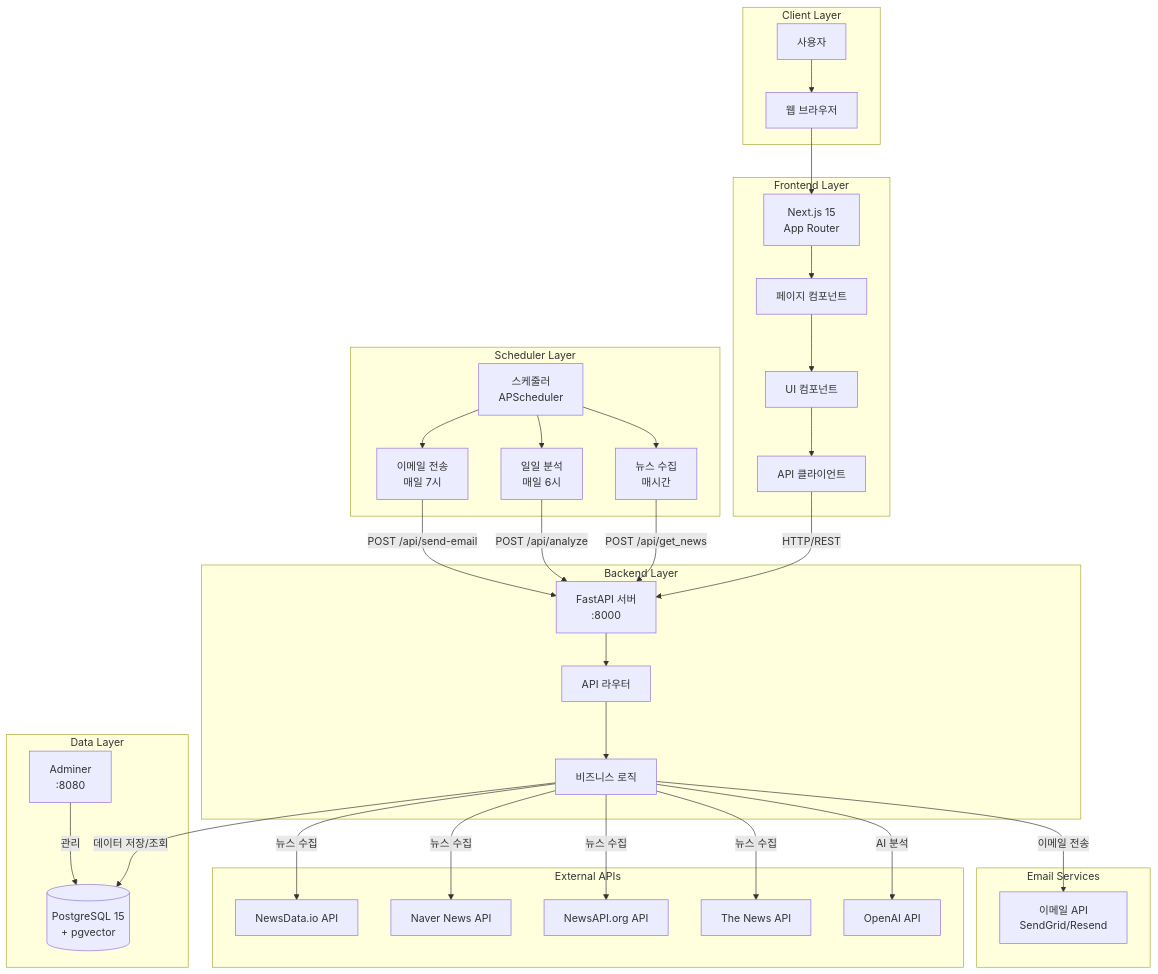
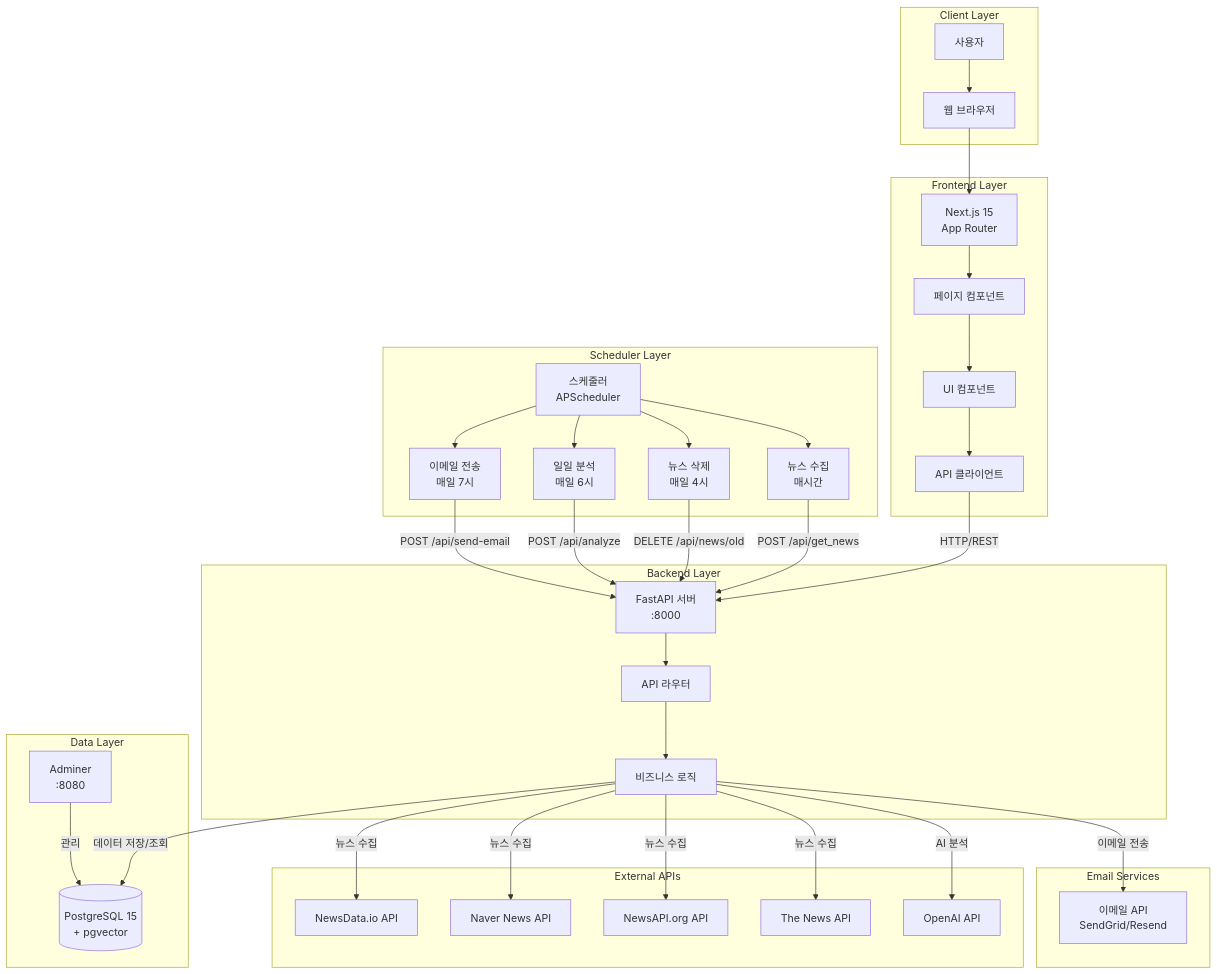
The first of 19 diagrams in DIAGRAM.md (EduungEee/jtj), drawn with Mermaid before and after one commit. The commit also changed other lines of this file and 3 other files, not shown here.

````diff
--- a/DIAGRAM.md
+++ b/DIAGRAM.md
@@ -7,67 +7,70 @@
 ```mermaid
 graph TB
     subgraph "Client Layer"
         User[사용자]
         Browser[웹 브라우저]
     end
 
     subgraph "Frontend Layer"
         NextJS[Next.js 15<br/>App Router]
         Pages[페이지 컴포넌트]
         Components[UI 컴포넌트]
         APIClient[API 클라이언트]
     end
 
     subgraph "Backend Layer"
         FastAPI[FastAPI 서버<br/>:8000]
         Routers[API 라우터]
         Services[비즈니스 로직]
     end
 
     subgraph "External APIs"
         NewsDataAPI[NewsData.io API]
         NaverAPI[Naver News API]
         NewsOrgAPI[NewsAPI.org API]
         TheNewsAPI[The News API]
         OpenAIAPI[OpenAI API]
     end
 
     subgraph "Data Layer"
         PostgreSQL[(PostgreSQL 15<br/>+ pgvector)]
         Adminer[Adminer<br/>:8080]
     end
 
     subgraph "Scheduler Layer"
         Scheduler[스케줄러<br/>APScheduler]
         NewsScheduler[뉴스 수집<br/>매시간]
+        CleanupScheduler[뉴스 삭제<br/>매일 4시]
         AnalysisScheduler[일일 분석<br/>매일 6시]
         EmailScheduler[이메일 전송<br/>매일 7시]
     end
 
     subgraph "Email Services"
         EmailAPI[이메일 API<br/>SendGrid/Resend]
     end
 
     User --> Browser
     Browser --> NextJS
     NextJS --> Pages
     Pages --> Components
     Components --> APIClient
     APIClient -->|HTTP/REST| FastAPI
     FastAPI --> Routers
     Routers --> Services
     Services -->|뉴스 수집| NewsDataAPI
     Services -->|뉴스 수집| NaverAPI
     Services -->|뉴스 수집| NewsOrgAPI
     Services -->|뉴스 수집| TheNewsAPI
     Services -->|AI 분석| OpenAIAPI
     Services -->|데이터 저장/조회| PostgreSQL
     Adminer -->|관리| PostgreSQL
     Scheduler --> NewsScheduler
+    Scheduler --> CleanupScheduler
     Scheduler --> AnalysisScheduler
     Scheduler --> EmailScheduler
     NewsScheduler -->|POST /api/get_news| FastAPI
+    CleanupScheduler -->|DELETE /api/news/old| FastAPI
     AnalysisScheduler -->|POST /api/analyze| FastAPI
     EmailScheduler -->|POST /api/send-email| FastAPI
     Services -->|이메일 전송| EmailAPI
 ```
````
